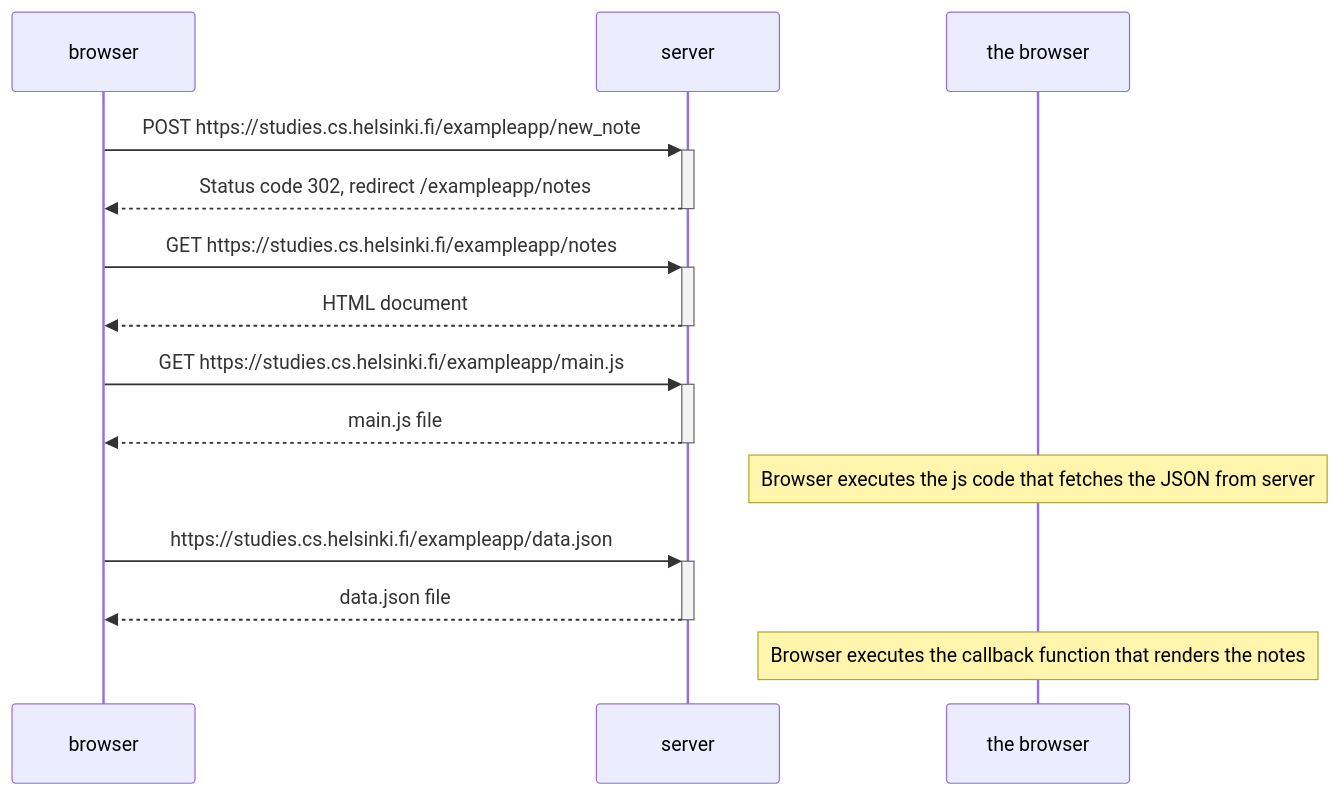
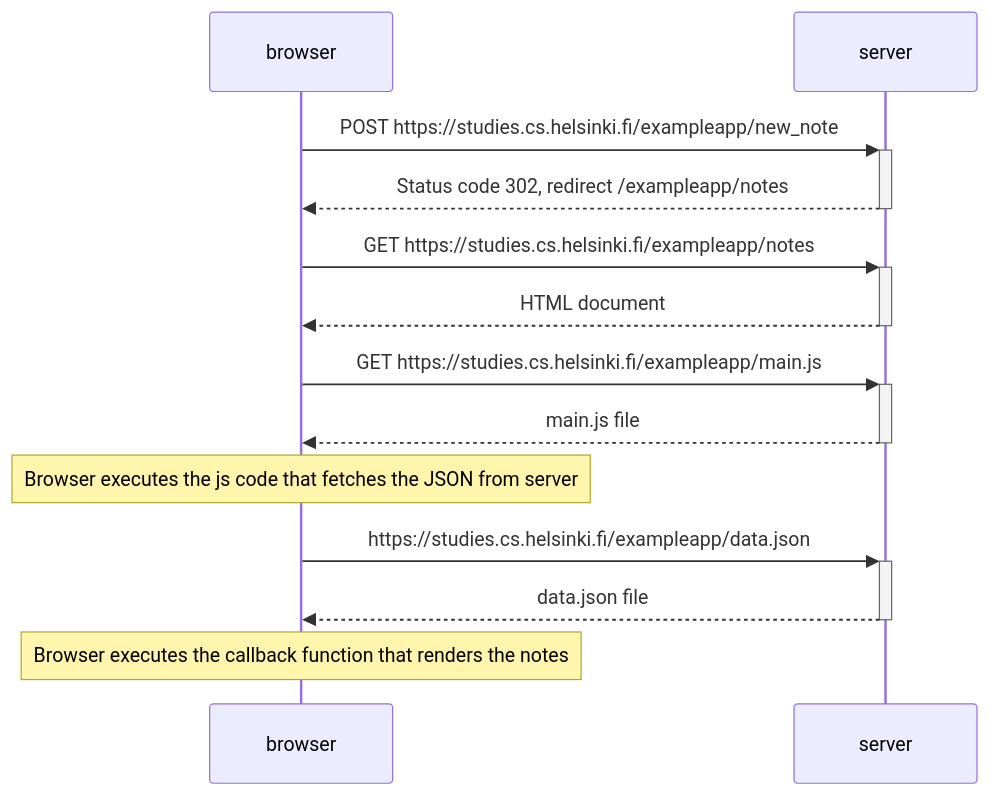
The diagram in part0/newNote.md (1app0/Fullstack2023), drawn with Mermaid before and after one commit.

Commit message:
Fixed diagram

````diff
--- a/part0/newNote.md
+++ b/part0/newNote.md
@@ -1,21 +1,21 @@
 ```mermaid
 sequenceDiagram
 participant browser
 participant server
 
 browser->>+server: POST https://studies.cs.helsinki.fi/exampleapp/new_note
 server-->>-browser: Status code 302, redirect /exampleapp/notes
 
 browser->>+server: GET https://studies.cs.helsinki.fi/exampleapp/notes
 server-->>-browser: HTML document
 
 browser->>+server: GET https://studies.cs.helsinki.fi/exampleapp/main.js
 server-->>-browser: main.js file
 
-Note over the browser: Browser executes the js code that fetches the JSON from server
+Note over browser: Browser executes the js code that fetches the JSON from server
 
 browser->>+server: https://studies.cs.helsinki.fi/exampleapp/data.json
 server-->>-browser: data.json file
 
-Note over the browser: Browser executes the callback function that renders the notes
+Note over browser: Browser executes the callback function that renders the notes
 ```
````
